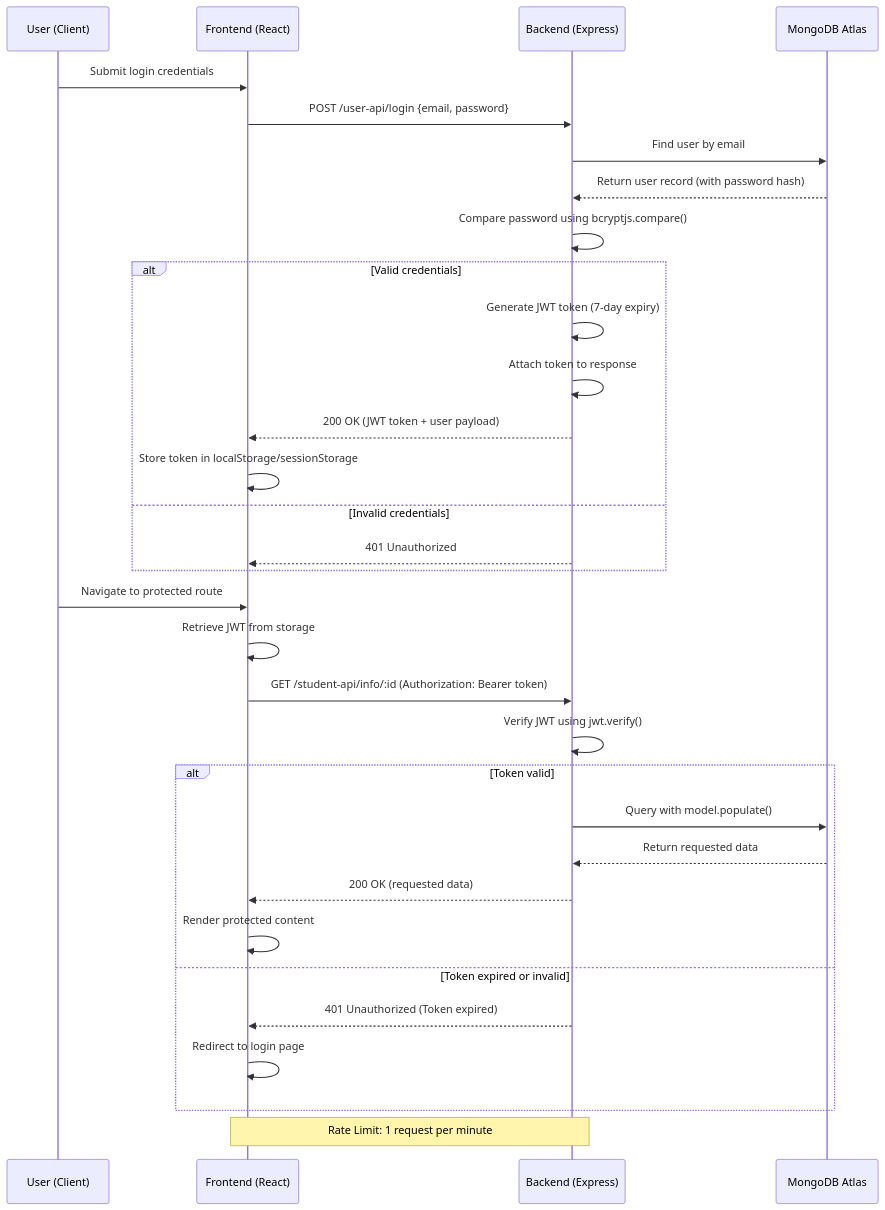
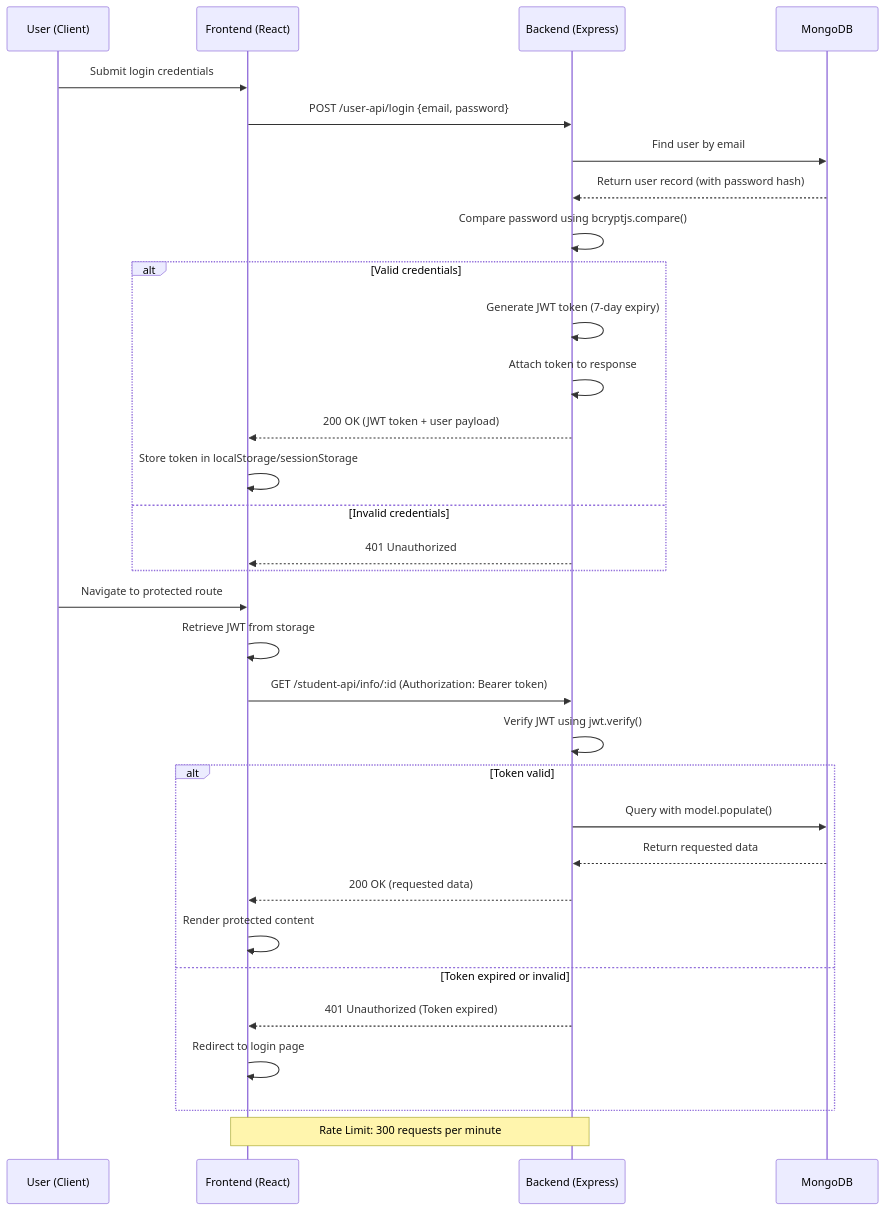
Before and after one commit to Adityamurthy775/CampusFlow: the ninth of 11 diagrams in README.md, drawn with Mermaid. The commit also changed other lines of this file and 24 other files, not shown here.

````diff
--- a/README.md
+++ b/README.md
@@ -316,37 +370,37 @@
 ```mermaid
 sequenceDiagram
     participant User as User (Client)
     participant Frontend as Frontend (React)
     participant Backend as Backend (Express)
-    participant Database as MongoDB Atlas
+    participant Database as MongoDB
 
     User->>Frontend: Submit login credentials
     Frontend->>Backend: POST /user-api/login {email, password}
     Backend->>Database: Find user by email
     Database-->>Backend: Return user record (with password hash)
     Backend->>Backend: Compare password using bcryptjs.compare()
     alt Valid credentials
         Backend->>Backend: Generate JWT token (7-day expiry)
         Backend->>Backend: Attach token to response
         Backend-->>Frontend: 200 OK (JWT token + user payload)
         Frontend->>Frontend: Store token in localStorage/sessionStorage
     else Invalid credentials
         Backend-->>Frontend: 401 Unauthorized
     end
 
     User->>Frontend: Navigate to protected route
     Frontend->>Frontend: Retrieve JWT from storage
     Frontend->>Backend: GET /student-api/info/:id (Authorization: Bearer token)
     Backend->>Backend: Verify JWT using jwt.verify()
     alt Token valid
         Backend->>Database: Query with model.populate()
         Database-->>Backend: Return requested data
         Backend-->>Frontend: 200 OK (requested data)
         Frontend->>Frontend: Render protected content
     else Token expired or invalid
         Backend-->>Frontend: 401 Unauthorized (Token expired)
         Frontend->>Frontend: Redirect to login page
     end
 
-    Note over Frontend,Backend: Rate Limit: 1 request per minute
+    Note over Frontend,Backend: Rate Limit: 300 requests per minute
 ```
````
